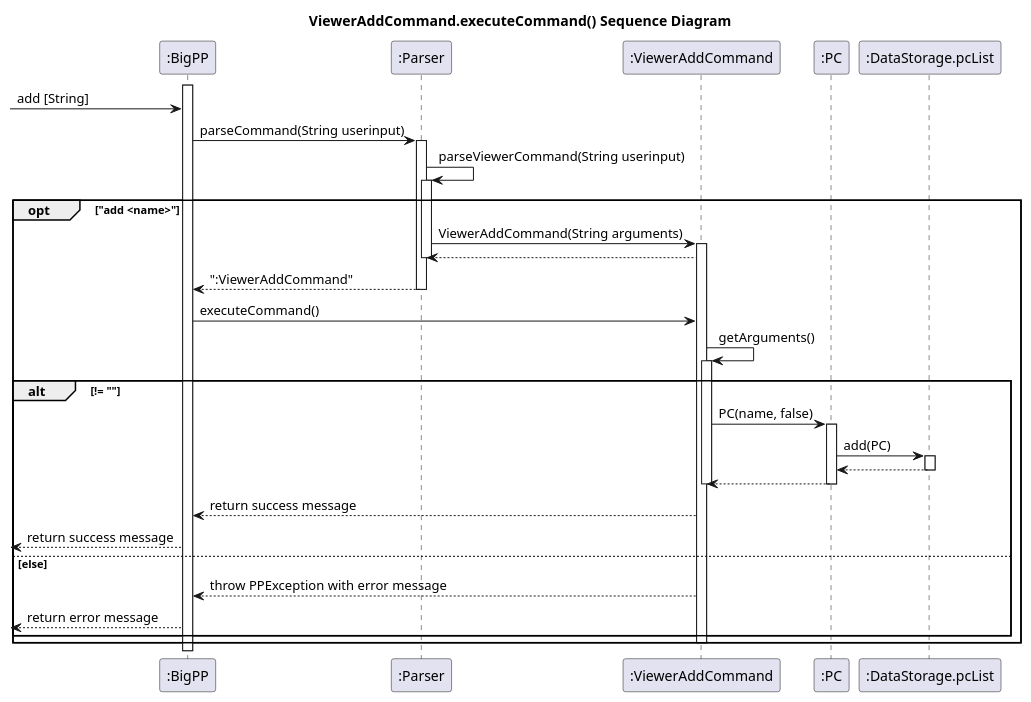
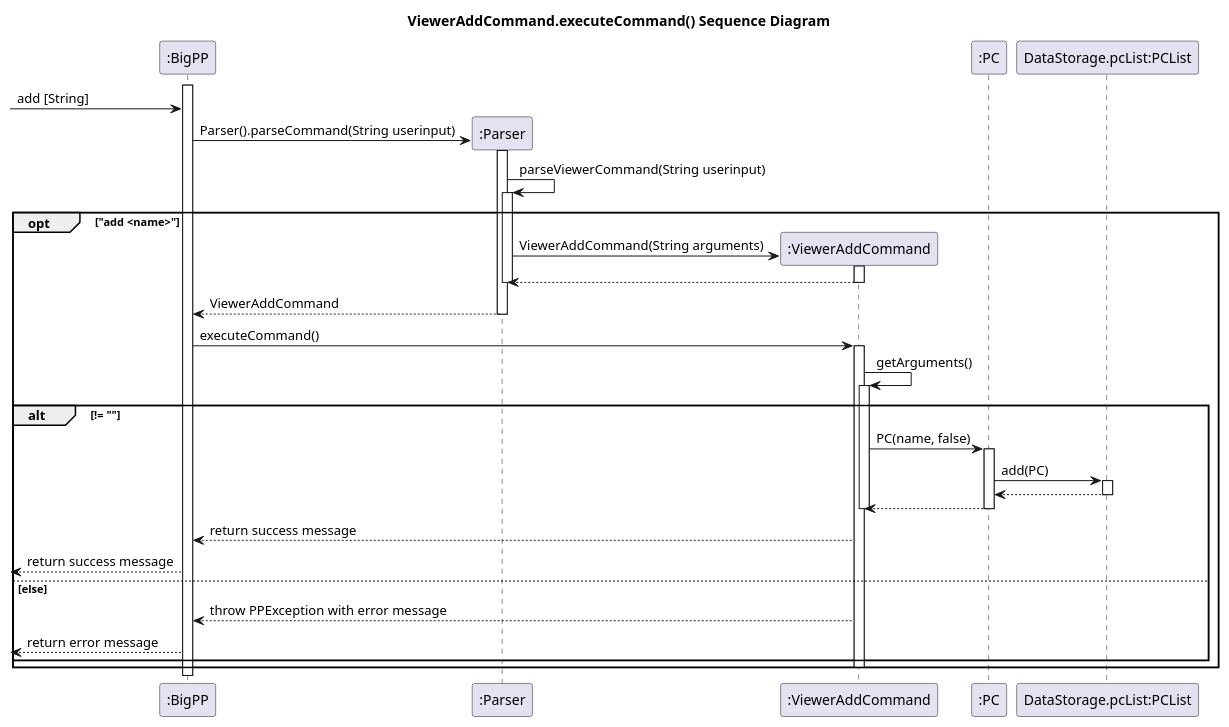
Before and after one commit to typingpanda/tp: the diagram in docs/uml-source/ViewerAddCommand.puml, drawn with PlantUML. The commit also changed 3 other files, not shown here.

Commit message:
Update to follow format of sequential diagram for Commands

```diff
--- a/docs/uml-source/ViewerAddCommand.puml
+++ b/docs/uml-source/ViewerAddCommand.puml
@@ -1,46 +1,55 @@
 @startuml
 title ViewerAddCommand.executeCommand() Sequence Diagram
 
 participant ":BigPP" as BigPP
 participant ":Parser" as Parser
 participant ":ViewerAddCommand" as ViewerAddCommand
 participant ":PC" as PC
-participant ":DataStorage.pcList" as DataStorage.pcList
+participant "DataStorage.pcList:PCList" as DataStorage.pcList
 
 activate BigPP
 -> BigPP: add [String]
-BigPP -> Parser: parseCommand(String userinput)
+
+create Parser
+BigPP -> Parser: Parser().parseCommand(String userinput)
 activate Parser
 Parser -> Parser: parseViewerCommand(String userinput)
 activate Parser
 opt "add <name>"
+
+create ViewerAddCommand
 Parser -> ViewerAddCommand: ViewerAddCommand(String arguments)
 activate ViewerAddCommand
 ViewerAddCommand --> Parser
+deactivate ViewerAddCommand
+
 deactivate Parser
-Parser --> BigPP: ":ViewerAddCommand"
+Parser --> BigPP: ViewerAddCommand
 deactivate Parser
+
 BigPP -> ViewerAddCommand: executeCommand()
+activate ViewerAddCommand
+
 ViewerAddCommand -> ViewerAddCommand: getArguments()
 activate ViewerAddCommand
 alt != ""
     ViewerAddCommand -> PC: PC(name, false)
     activate PC
     PC -> DataStorage.pcList: add(PC)
     activate DataStorage.pcList
     DataStorage.pcList --> PC
     deactivate DataStorage.pcList
     PC --> ViewerAddCommand
     deactivate PC
     deactivate ViewerAddCommand
     ViewerAddCommand --> BigPP: return success message
     <-- BigPP: return success message
 
 else else
     ViewerAddCommand --> BigPP: throw PPException with error message
     <-- BigPP: return error message
 end
 
 deactivate ViewerAddCommand
 end
 @enduml
```
